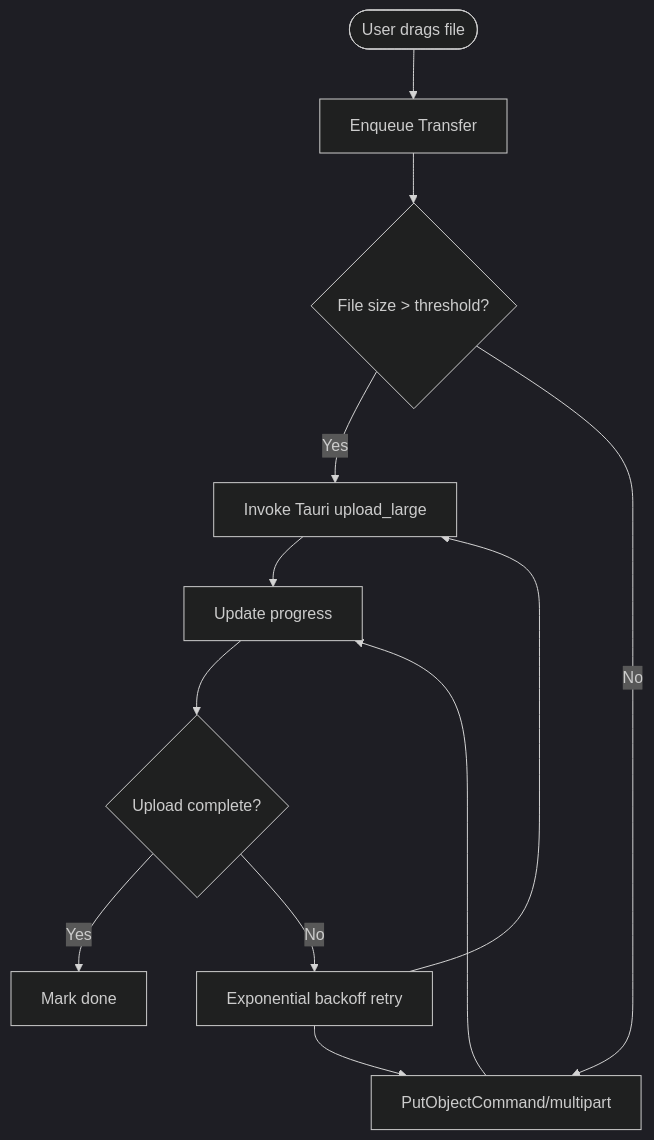
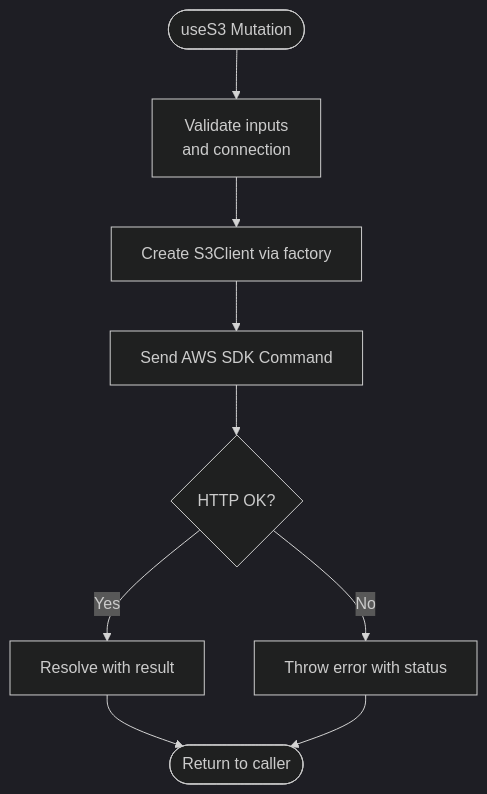
One commit to nasrulhadi/s3-explorer changed the third of 9 diagrams in .qoder/repowiki/en/content/Core Features/File Operations.md. Above: the diagram before and after it, drawn with Mermaid (dark theme). The commit also changed other lines of this file and 46 other files, not shown here.

````diff
--- a/.qoder/repowiki/en/content/Core Features/File Operations.md
+++ b/.qoder/repowiki/en/content/Core Features/File Operations.md
@@ -127,14 +154,11 @@
 ```mermaid
 flowchart TD
-Start(["User drags file"]) --> Queue["Enqueue Transfer"]
-Queue --> SizeCheck{"File size > threshold?"}
-SizeCheck --> |Yes| TauriUpload["Invoke Tauri upload_large"]
-SizeCheck --> |No| DirectUpload["PutObjectCommand/multipart"]
-TauriUpload --> Progress["Update progress"]
-DirectUpload --> Progress
-Progress --> Done{"Upload complete?"}
-Done --> |Yes| Success["Mark done"]
-Done --> |No| Retry["Exponential backoff retry"]
-Retry --> DirectUpload
-Retry --> TauriUpload
+Start(["useS3 Mutation"]) --> Validate["Validate inputs<br/>and connection"]
+Validate --> BuildClient["Create S3Client via factory"]
+BuildClient --> SendCmd["Send AWS SDK Command"]
+SendCmd --> Resp{"HTTP OK?"}
+Resp --> |Yes| Success["Resolve with result"]
+Resp --> |No| ThrowErr["Throw error with status"]
+Success --> End(["Return to caller"])
+ThrowErr --> End
 ```
````
